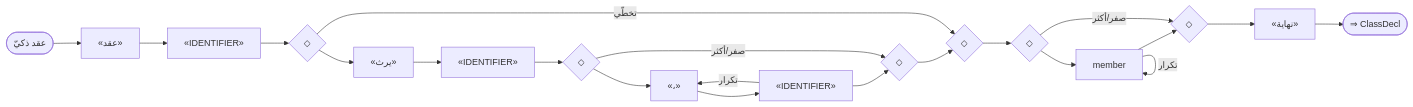
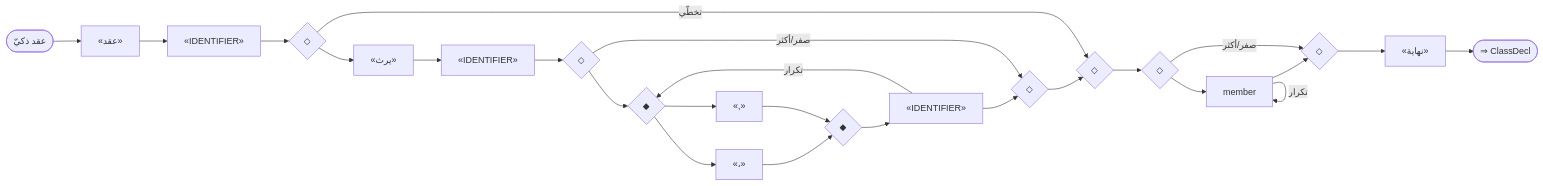
Before and after one commit to sadlang/sadlang: diagram 37 of 57 in docs/parser_rule/_generated/60_advanced.md, drawn with Mermaid. The commit also changed other lines of this file and 103 other files, not shown here.

````diff
--- a/docs/parser_rule/_generated/60_advanced.md
+++ b/docs/parser_rule/_generated/60_advanced.md
@@ -1228,39 +1263,46 @@
 ```mermaid
 flowchart LR
   n1(["عقد ذكيّ"])
   n2["«عقد»"]
   n3["«IDENTIFIER»"]
   n2 --> n3
   n4{"◇"}
   n5{"◇"}
   n6["«يرث»"]
   n7["«IDENTIFIER»"]
   n6 --> n7
   n8{"◇"}
   n9{"◇"}
-  n10["«،»"]
-  n11["«IDENTIFIER»"]
-  n10 --> n11
+  n10{"◆"}
+  n11{"◆"}
+  n12["«،»"]
+  n10 --> n12
+  n12 --> n11
+  n13["«,»"]
+  n10 --> n13
+  n13 --> n11
+  n14["«IDENTIFIER»"]
+  n11 --> n14
   n8 --> n10
-  n11 --> n9
-  n11 -- "تكرار" --> n10
+  n14 --> n9
+  n14 -- "تكرار" --> n10
   n8 -- "صفر/أكثر" --> n9
   n7 --> n8
   n4 --> n6
   n9 --> n5
   n4 -- "تخطّي" --> n5
   n3 --> n4
-  n12{"◇"}
-  n13{"◇"}
-  n14["member"]
-  n12 --> n14
-  n14 --> n13
-  n14 -- "تكرار" --> n14
-  n12 -- "صفر/أكثر" --> n13
-  n5 --> n12
-  n15["«نهاية»"]
-  n13 --> n15
+  n15{"◇"}
+  n16{"◇"}
+  n17["member"]
+  n15 --> n17
+  n17 --> n16
+  n17 -- "تكرار" --> n17
+  n15 -- "صفر/أكثر" --> n16
+  n5 --> n15
+  n18["«نهاية»"]
+  n16 --> n18
   n1 --> n2
-  n16(["⇒ ClassDecl"])
-  n15 --> n16
+  n19(["⇒ ClassDecl"])
+  n18 --> n19
 ```
````
